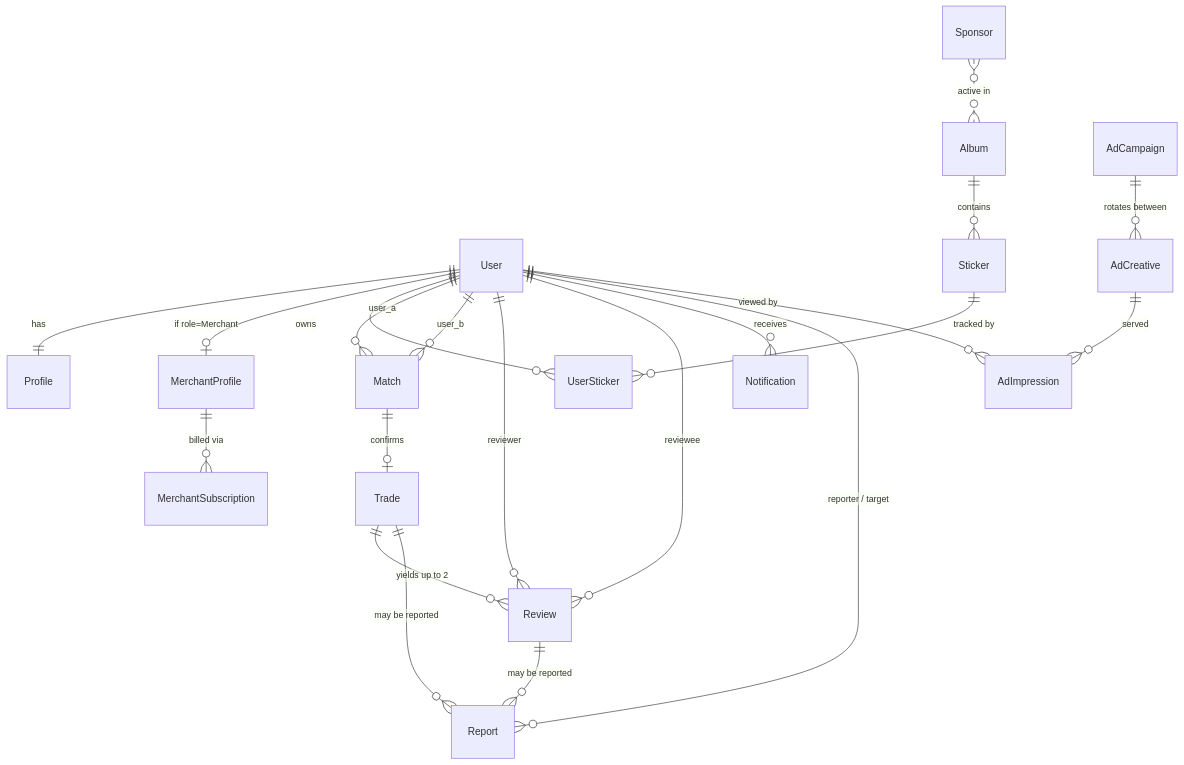
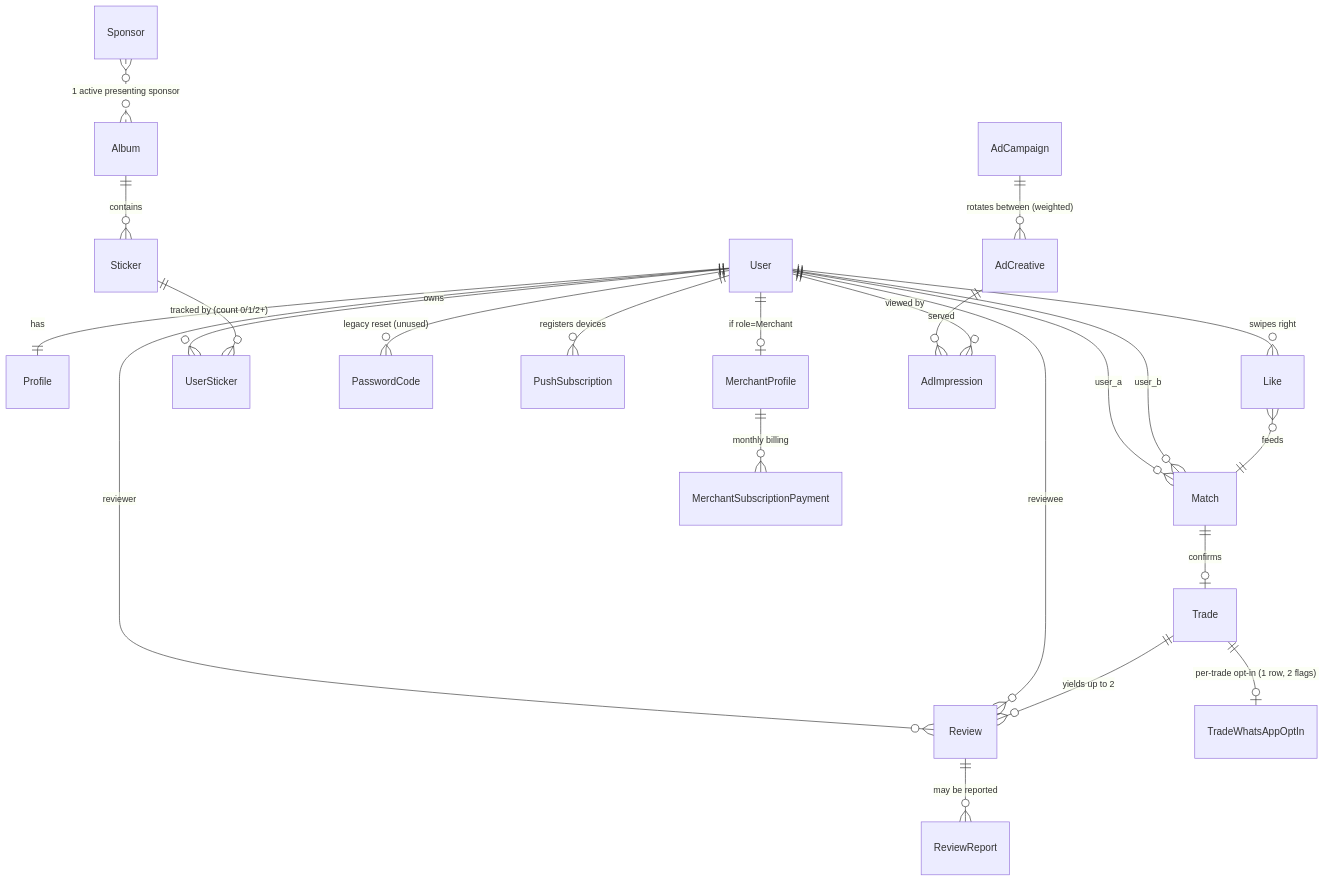
Before and after one commit to carlos18bp/albunmania_project: the fifth of 9 diagrams in docs/methodology/architecture.md, drawn with Mermaid. The commit also changed other lines of this file and 8 other files, not shown here.

````diff
--- a/docs/methodology/architecture.md
+++ b/docs/methodology/architecture.md
@@ -102,29 +160,30 @@
 ```mermaid
 erDiagram
     User ||--|| Profile : has
     User ||--o| MerchantProfile : "if role=Merchant"
     User ||--o{ UserSticker : owns
+    User ||--o{ PasswordCode : "legacy reset (unused)"
+    User ||--o{ PushSubscription : "registers devices"
+    User ||--o{ Like : "swipes right"
     User ||--o{ Match : "user_a"
     User ||--o{ Match : "user_b"
     User ||--o{ Review : "reviewer"
     User ||--o{ Review : "reviewee"
-    User ||--o{ Notification : receives
-    User ||--o{ Report : "reporter / target"
 
     Album ||--o{ Sticker : contains
-    Sticker ||--o{ UserSticker : "tracked by"
+    Sticker ||--o{ UserSticker : "tracked by (count 0/1/2+)"
+    Sponsor }o..o{ Album : "1 active presenting sponsor"
 
+    Like }o--|| Match : "feeds"
     Match ||--o| Trade : confirms
+    Trade ||--o| TradeWhatsAppOptIn : "per-trade opt-in (1 row, 2 flags)"
     Trade ||--o{ Review : "yields up to 2"
 
-    Sponsor }o..o{ Album : "active in"
+    MerchantProfile ||--o{ MerchantSubscriptionPayment : "monthly billing"
 
-    MerchantProfile ||--o{ MerchantSubscription : "billed via"
-
-    AdCampaign ||--o{ AdCreative : "rotates between"
+    AdCampaign ||--o{ AdCreative : "rotates between (weighted)"
     AdCreative ||--o{ AdImpression : served
     User ||--o{ AdImpression : "viewed by"
 
-    Trade ||--o{ Report : "may be reported"
-    Review ||--o{ Report : "may be reported"
+    Review ||--o{ ReviewReport : "may be reported"
 ```
````
